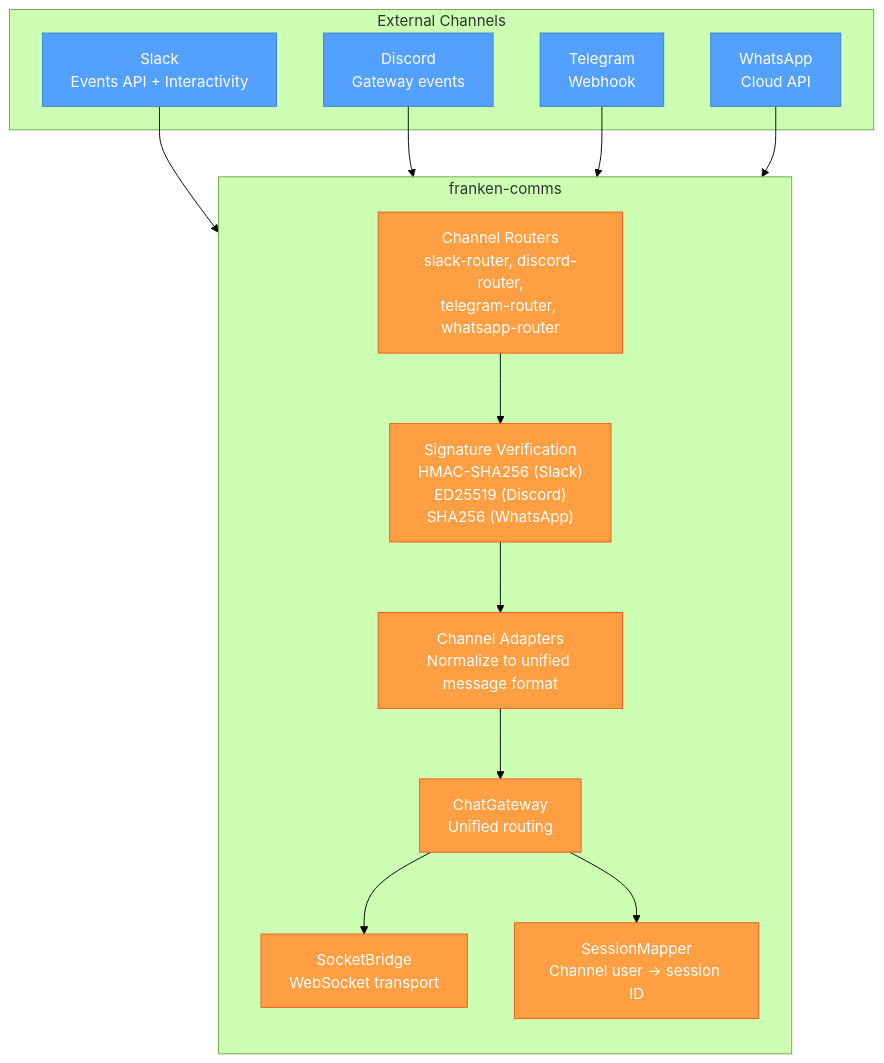
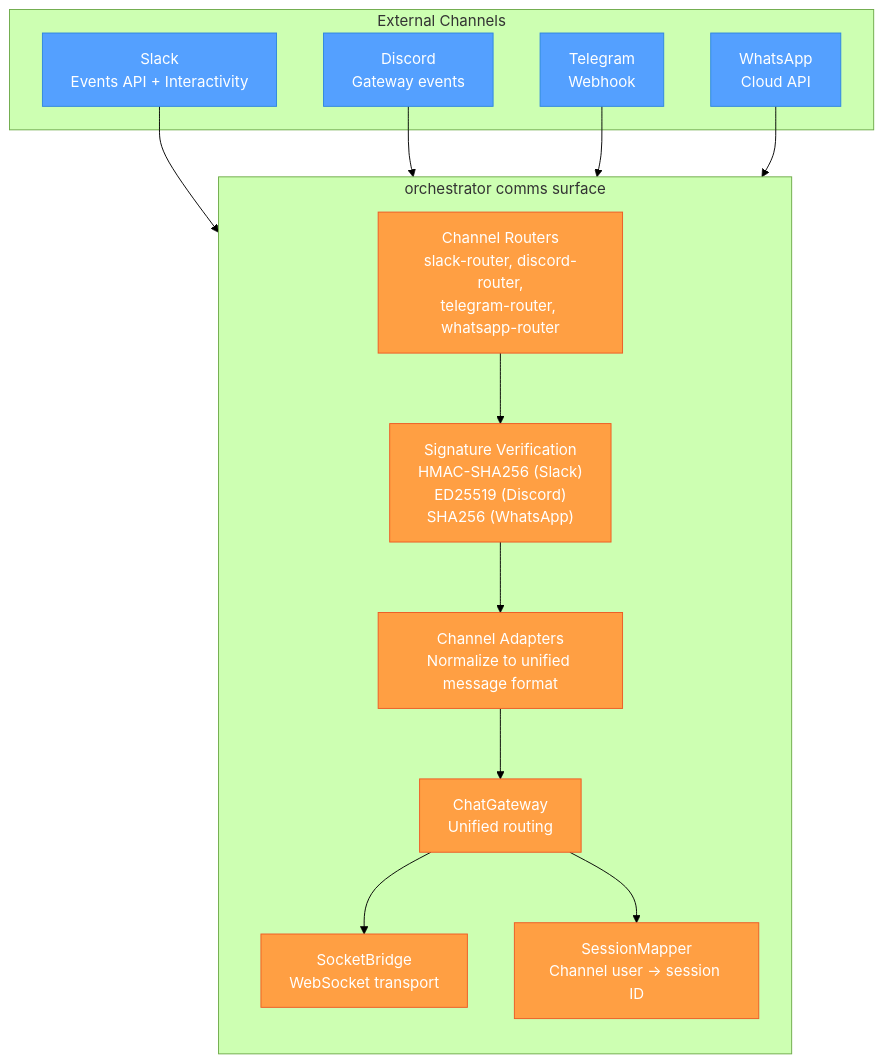
One commit to djm204/frankenbeast changed the ninth of 10 diagrams in docs/ARCHITECTURE.md. Above: the diagram before and after it, drawn with Mermaid (forest theme). The commit also changed other lines of this file and 8 other files, not shown here.

````diff
--- a/docs/ARCHITECTURE.md
+++ b/docs/ARCHITECTURE.md
@@ -948,32 +948,32 @@
 ```mermaid
 flowchart TD
     subgraph "External Channels"
         SL["Slack<br/>Events API + Interactivity"]
         DC["Discord<br/>Gateway events"]
         TG["Telegram<br/>Webhook"]
         WA["WhatsApp<br/>Cloud API"]
     end
 
-    subgraph "franken-comms"
+    subgraph "orchestrator comms surface"
         direction TB
         SR["Channel Routers<br/>slack-router, discord-router,<br/>telegram-router, whatsapp-router"]
         SIG["Signature Verification<br/>HMAC-SHA256 (Slack)<br/>ED25519 (Discord)<br/>SHA256 (WhatsApp)"]
         AD["Channel Adapters<br/>Normalize to unified message format"]
         CG["ChatGateway<br/>Unified routing"]
         SB["SocketBridge<br/>WebSocket transport"]
         SM["SessionMapper<br/>Channel user → session ID"]
     end
 
     SL --> SR
     DC --> SR
     TG --> SR
     WA --> SR
     SR --> SIG --> AD --> CG
     CG --> SB
     CG --> SM
 
     classDef channel fill:#54a0ff,stroke:#2e86de,color:#fff
     classDef comms fill:#ff9f43,stroke:#ee5a24,color:#fff
     class SL,DC,TG,WA channel
     class SR,SIG,AD,CG,SB,SM comms
 ```
````
